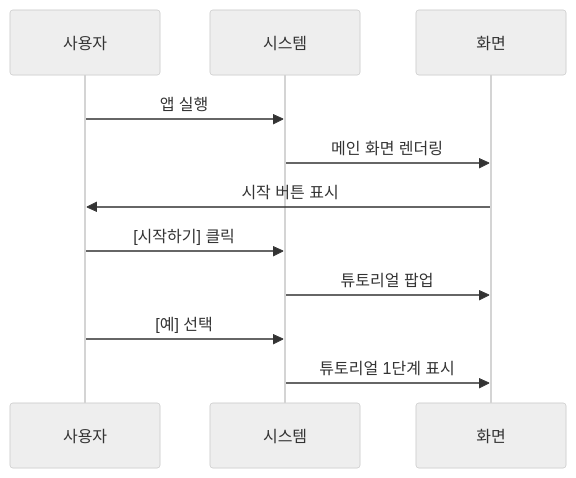
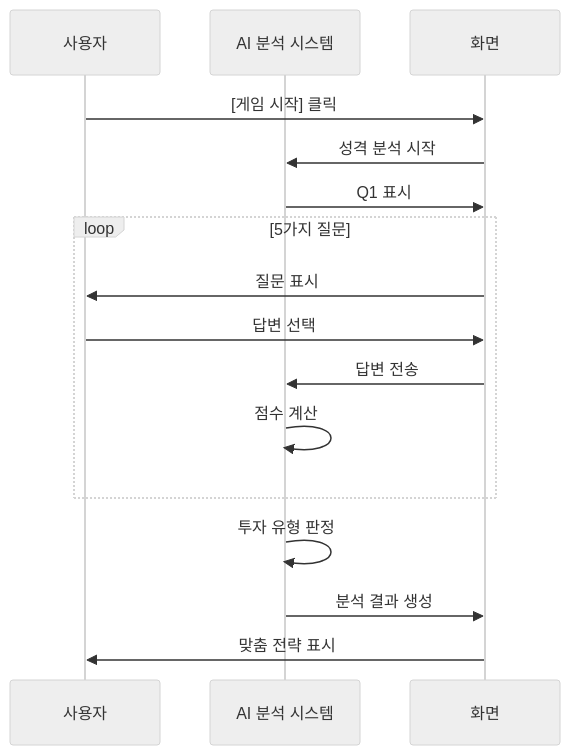
The second of 5 diagrams in document/user_scenarios.md (Collegenie-X/stock_simulation), drawn with Mermaid (neutral theme) before and after one commit. The commit also changed other lines of this file and 7 other files, not shown here.

````diff
--- a/document/user_scenarios.md
+++ b/document/user_scenarios.md
@@ -65,14 +259,21 @@
 ```mermaid
 sequenceDiagram
     participant U as 사용자
-    participant S as 시스템
+    participant AI as AI 분석 시스템
     participant UI as 화면
     
-    U->>S: 앱 실행
-    S->>UI: 메인 화면 렌더링
-    UI->>U: 시작 버튼 표시
-    U->>S: [시작하기] 클릭
-    S->>UI: 튜토리얼 팝업
-    U->>S: [예] 선택
-    S->>UI: 튜토리얼 1단계 표시
+    U->>UI: [게임 시작] 클릭
+    UI->>AI: 성격 분석 시작
+    AI->>UI: Q1 표시
+    
+    loop 5가지 질문
+        UI->>U: 질문 표시
+        U->>UI: 답변 선택
+        UI->>AI: 답변 전송
+        AI->>AI: 점수 계산
+    end
+    
+    AI->>AI: 투자 유형 판정
+    AI->>UI: 분석 결과 생성
+    UI->>U: 맞춤 전략 표시
 ```
````
